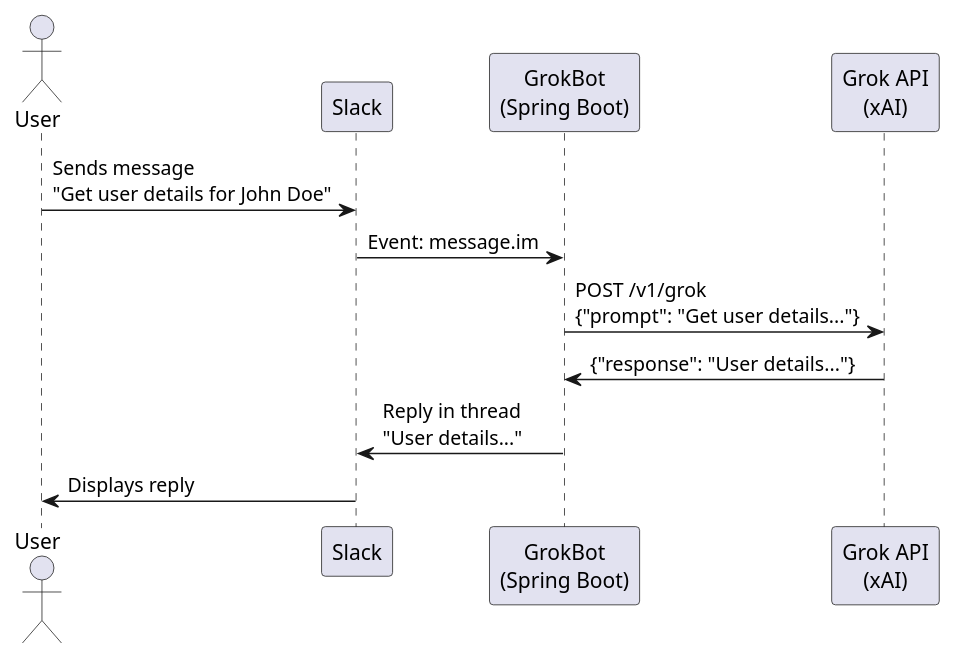
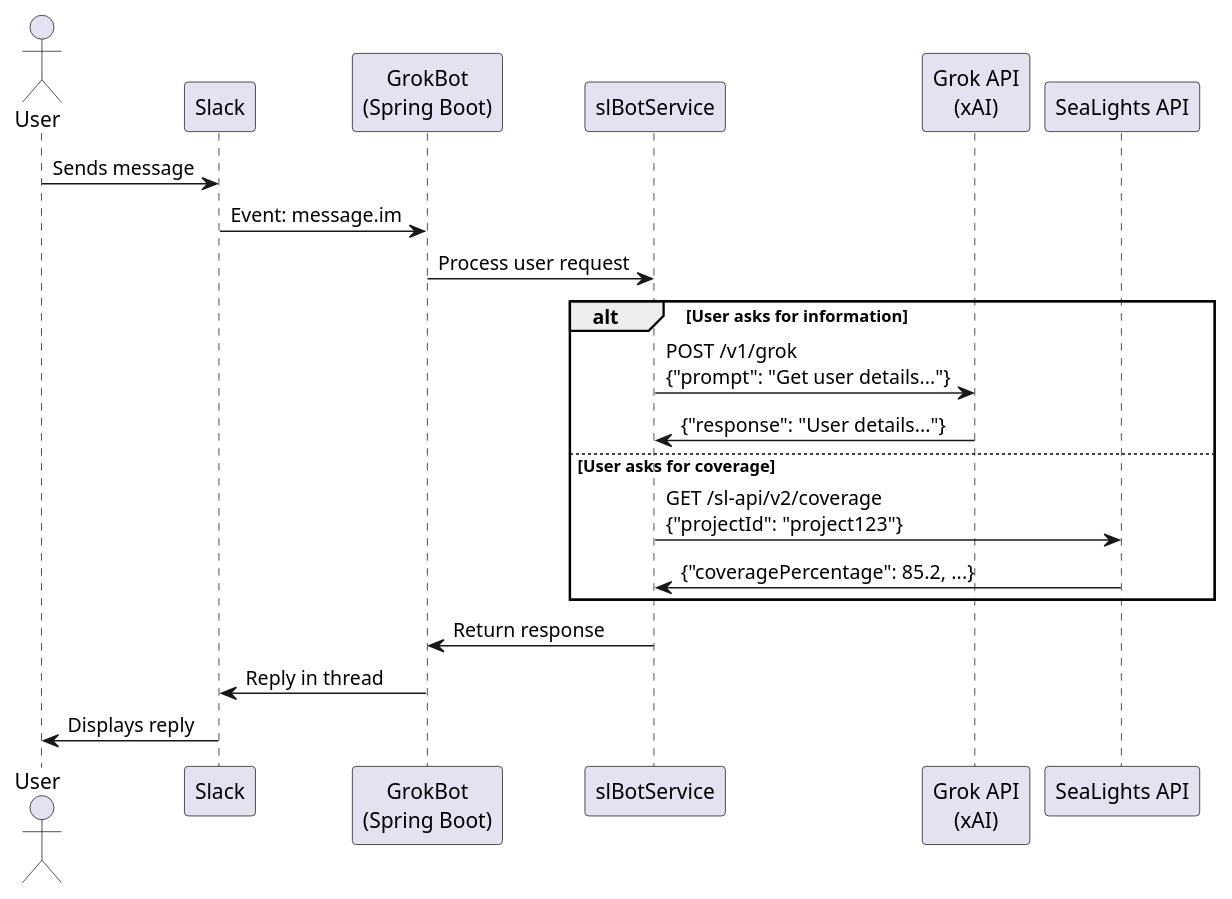
The diagram in docs/ARCHITECTURE.md (sperezintexas/SLCoverageBot), drawn with PlantUML before and after one commit. The commit also changed other lines of this file and 9 other files, not shown here.

````diff
--- a/docs/ARCHITECTURE.md
+++ b/docs/ARCHITECTURE.md
@@ -63,15 +65,24 @@
 ```plantuml
 
 actor User
 participant "Slack" as Slack
 participant "GrokBot\n(Spring Boot)" as Bot
+participant "slBotService" as SlBotService
 participant "Grok API\n(xAI)" as GrokAPI
+participant "SeaLights API" as SeaLightsAPI
 
-User -> Slack: Sends message\n"Get user details for John Doe"
+User -> Slack: Sends message
 Slack -> Bot: Event: message.im
-Bot -> GrokAPI: POST /v1/grok\n{"prompt": "Get user details..."}
-GrokAPI -> Bot: {"response": "User details..."}
-Bot -> Slack: Reply in thread\n"User details..."
+Bot -> SlBotService: Process user request
+alt User asks for information
+    SlBotService -> GrokAPI: POST /v1/grok\n{"prompt": "Get user details..."}
+    GrokAPI -> SlBotService: {"response": "User details..."}
+else User asks for coverage
+    SlBotService -> SeaLightsAPI: GET /sl-api/v2/coverage\n{"projectId": "project123"}
+    SeaLightsAPI -> SlBotService: {"coveragePercentage": 85.2, ...}
+end
+SlBotService -> Bot: Return response
+Bot -> Slack: Reply in thread
 Slack -> User: Displays reply
 
 ```
````
